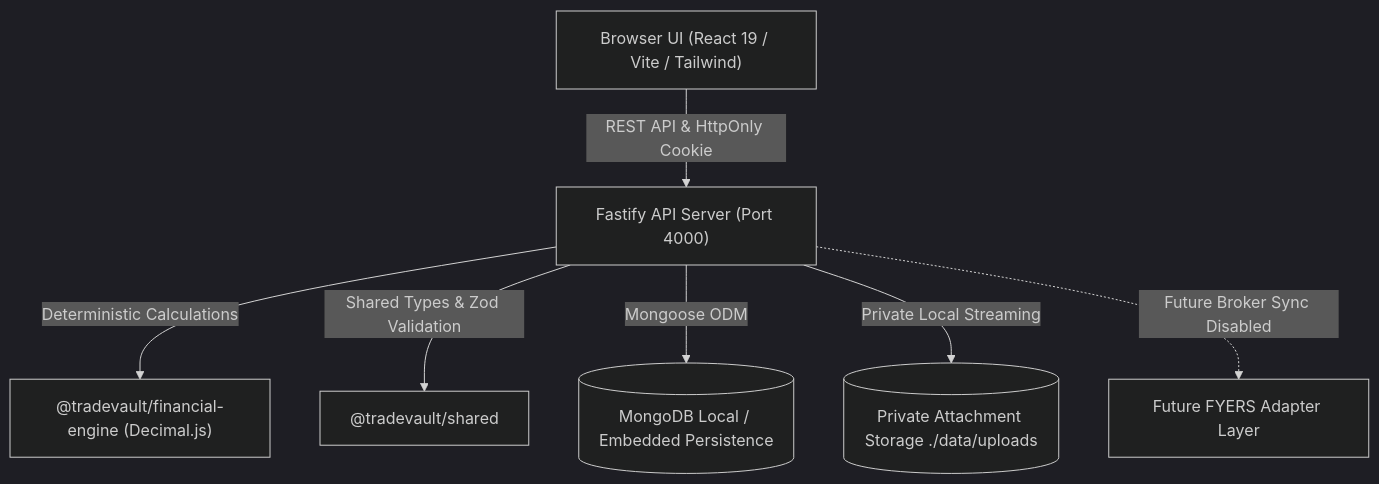
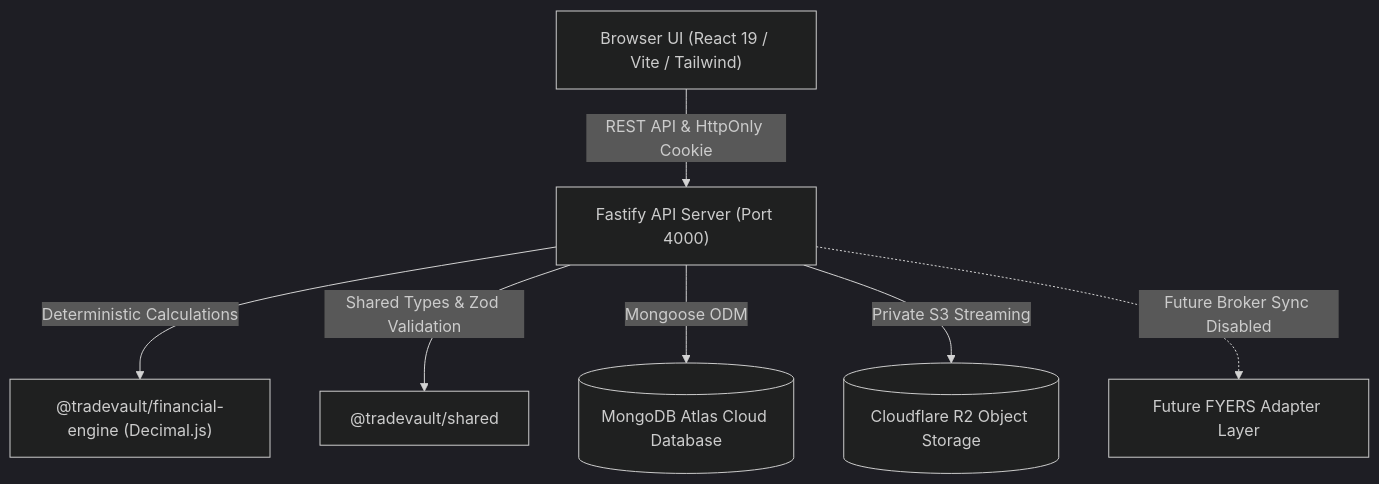
The diagram in docs/ARCHITECTURE.md (Rohsh00/SetupMint), drawn with Mermaid (dark theme) before and after one commit. The commit also changed other lines of this file and 38 other files, not shown here.

First line of the commit message:
feat: transition SetupMint to cloud-only architecture with MongoDB Atlas and Cloudflare R2

````diff
--- a/docs/ARCHITECTURE.md
+++ b/docs/ARCHITECTURE.md
@@ -32,9 +32,9 @@
 ```mermaid
 graph TD
     Client["Browser UI (React 19 / Vite / Tailwind)"] -->|REST API & HttpOnly Cookie| API["Fastify API Server (Port 4000)"]
     API -->|Deterministic Calculations| FE["@tradevault/financial-engine (Decimal.js)"]
     API -->|Shared Types & Zod Validation| Shared["@tradevault/shared"]
-    API -->|Mongoose ODM| DB[("MongoDB Local / Embedded Persistence")]
-    API -->|Private Local Streaming| Storage[("Private Attachment Storage ./data/uploads")]
+    API -->|Mongoose ODM| DB[("MongoDB Atlas Cloud Database")]
+    API -->|Private S3 Streaming| Storage[("Cloudflare R2 Object Storage")]
     API -.->|Future Broker Sync Disabled| Fyers["Future FYERS Adapter Layer"]
 ```
````
